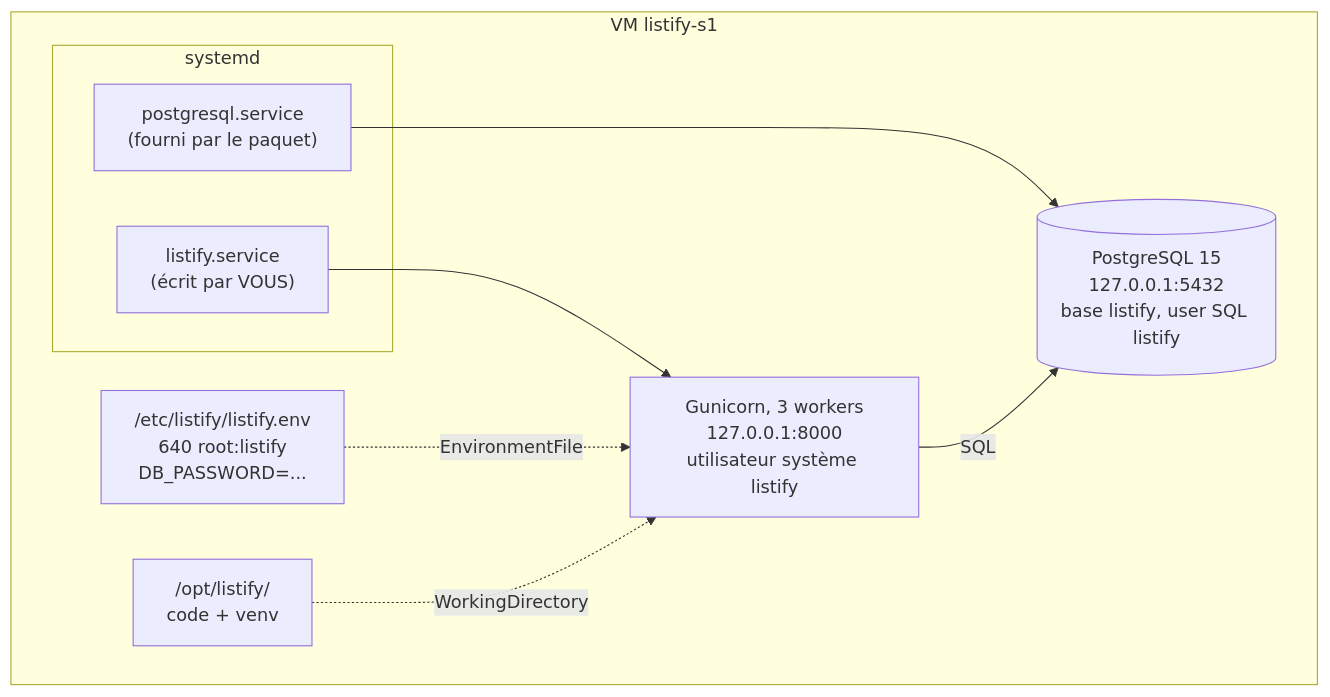
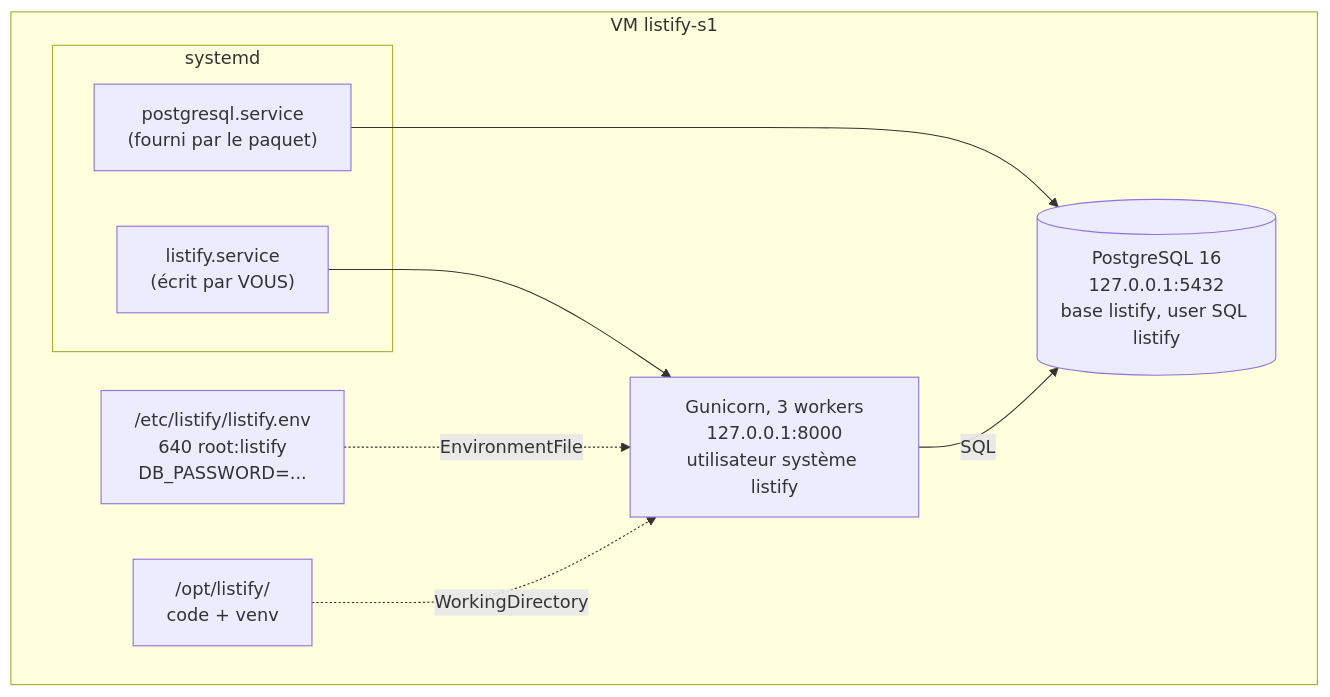
One commit to menraromial/ingenierie-deploiement changed the diagram in docs/semestre1/bloc1/tp/tp2-backend-bdd.md. Above: the diagram before and after it, drawn with Mermaid. The commit also changed other lines of this file and 11 other files, not shown here.

Commit message:
Bascule du Bloc 1 sur Ubuntu Server 24.04 LTS (installateur Subiquity, PostgreSQL 16), URL ISO et agrandissement de la timeline

````diff
--- a/docs/semestre1/bloc1/tp/tp2-backend-bdd.md
+++ b/docs/semestre1/bloc1/tp/tp2-backend-bdd.md
@@ -13,18 +13,18 @@
 ```mermaid
 flowchart TB
     subgraph VM["VM listify-s1"]
         subgraph SystemD["systemd"]
             PS["postgresql.service<br/>(fourni par le paquet)"]
             LS["listify.service<br/>(écrit par VOUS)"]
         end
-        P[("PostgreSQL 15<br/>127.0.0.1:5432<br/>base listify, user SQL listify")]
+        P[("PostgreSQL 16<br/>127.0.0.1:5432<br/>base listify, user SQL listify")]
         G["Gunicorn, 3 workers<br/>127.0.0.1:8000<br/>utilisateur système listify"]
         E["/etc/listify/listify.env<br/>640 root:listify<br/>DB_PASSWORD=..."]
         C["/opt/listify/<br/>code + venv"]
     end
     PS --> P
     LS --> G
     G -->|"SQL"| P
     E -.EnvironmentFile.-> G
     C -.WorkingDirectory.-> G
 ```
````
